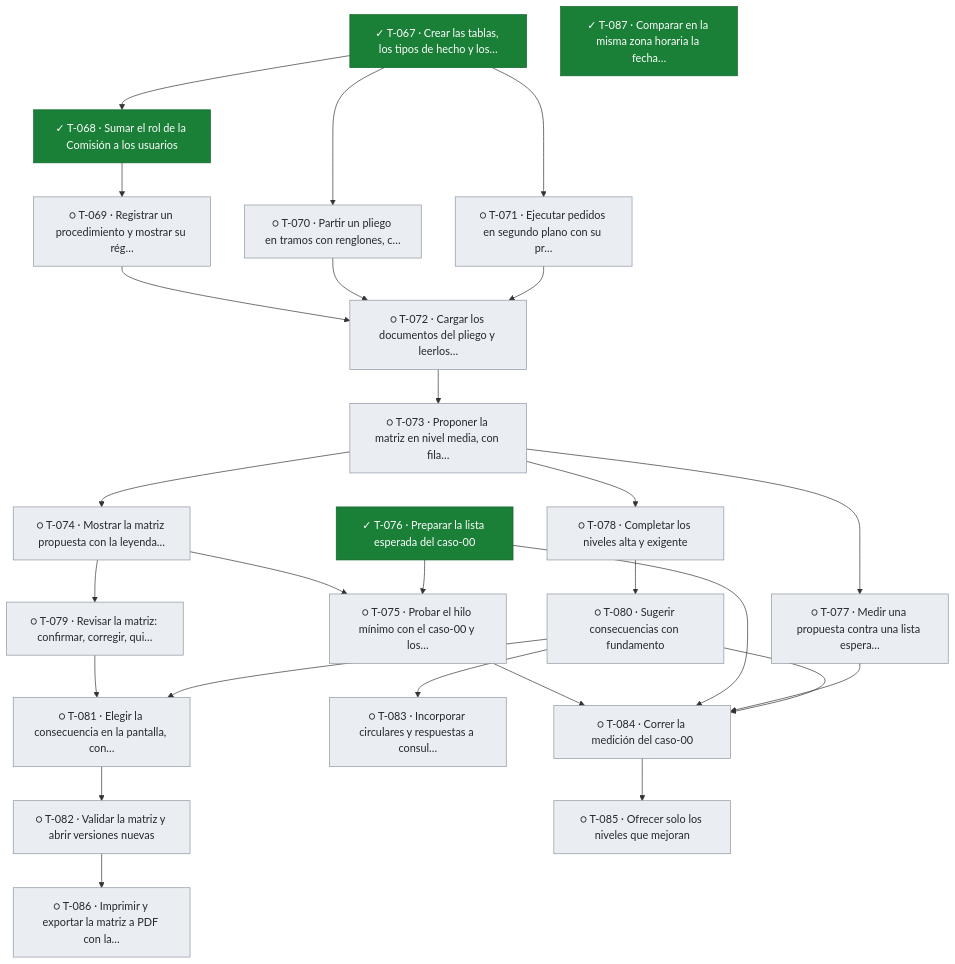
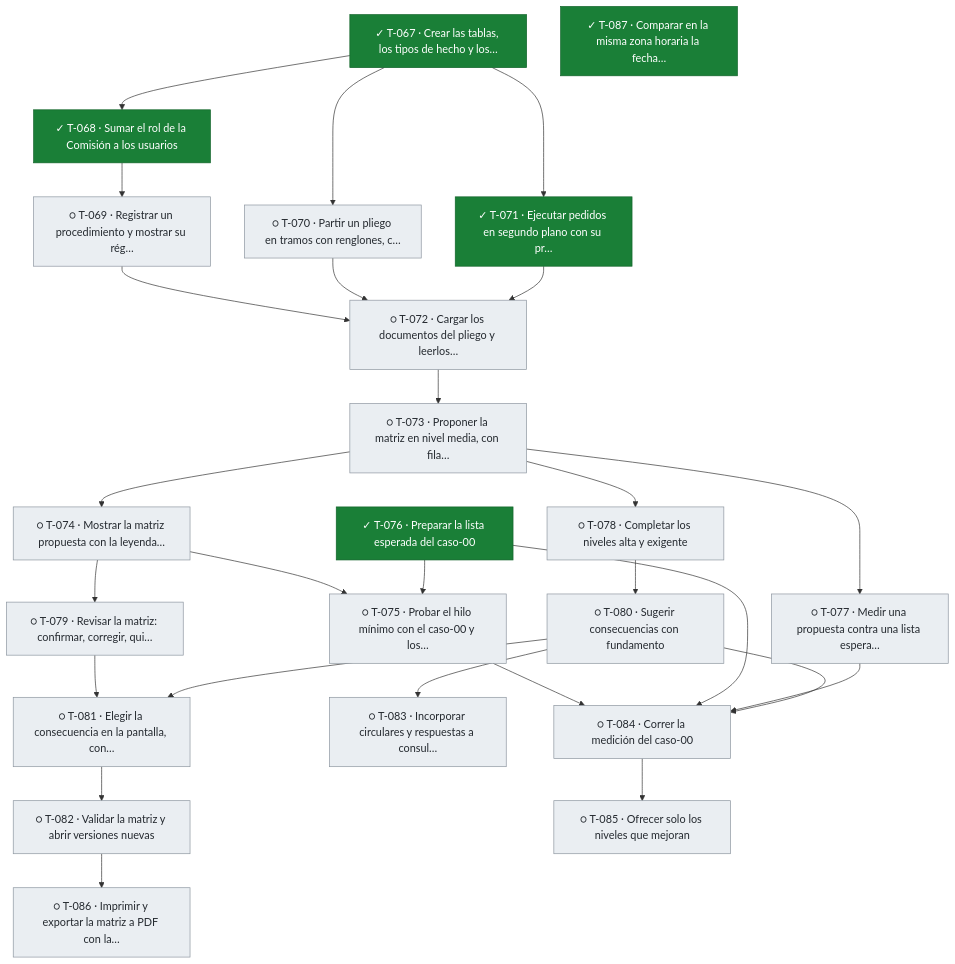
One commit to snavello/EVALUON changed the fifth of 5 diagrams in docs/tablero.md. Above: the diagram before and after it, drawn with Mermaid. The commit also changed other lines of this file and 1 other file, not shown here.

````diff
--- a/docs/tablero.md
+++ b/docs/tablero.md
@@ -400,54 +400,54 @@
 ```mermaid
 flowchart TD
   T067["✓ T-067 · Crear las tablas, los tipos de hecho y los…"]:::done
   T068["✓ T-068 · Sumar el rol de la Comisión a los usuarios"]:::done
   T069["○ T-069 · Registrar un procedimiento y mostrar su rég…"]:::todo
   T070["○ T-070 · Partir un pliego en tramos con renglones, c…"]:::todo
-  T071["○ T-071 · Ejecutar pedidos en segundo plano con su pr…"]:::todo
+  T071["✓ T-071 · Ejecutar pedidos en segundo plano con su pr…"]:::done
   T072["○ T-072 · Cargar los documentos del pliego y leerlos…"]:::todo
   T073["○ T-073 · Proponer la matriz en nivel media, con fila…"]:::todo
   T074["○ T-074 · Mostrar la matriz propuesta con la leyenda…"]:::todo
   T075["○ T-075 · Probar el hilo mínimo con el caso-00 y los…"]:::todo
   T076["✓ T-076 · Preparar la lista esperada del caso-00"]:::done
   T077["○ T-077 · Medir una propuesta contra una lista espera…"]:::todo
   T078["○ T-078 · Completar los niveles alta y exigente"]:::todo
   T079["○ T-079 · Revisar la matriz: confirmar, corregir, qui…"]:::todo
   T080["○ T-080 · Sugerir consecuencias con fundamento"]:::todo
   T081["○ T-081 · Elegir la consecuencia en la pantalla, con…"]:::todo
   T082["○ T-082 · Validar la matriz y abrir versiones nuevas"]:::todo
   T083["○ T-083 · Incorporar circulares y respuestas a consul…"]:::todo
   T084["○ T-084 · Correr la medición del caso-00"]:::todo
   T085["○ T-085 · Ofrecer solo los niveles que mejoran"]:::todo
   T086["○ T-086 · Imprimir y exportar la matriz a PDF con la…"]:::todo
   T087["✓ T-087 · Comparar en la misma zona horaria la fecha…"]:::done
   T067 --> T068
   T068 --> T069
   T067 --> T070
   T067 --> T071
   T069 --> T072
   T070 --> T072
   T071 --> T072
   T072 --> T073
   T073 --> T074
   T074 --> T075
   T076 --> T075
   T073 --> T077
   T073 --> T078
   T074 --> T079
   T078 --> T080
   T079 --> T081
   T080 --> T081
   T081 --> T082
   T080 --> T083
   T075 --> T084
   T076 --> T084
   T077 --> T084
   T080 --> T084
   T084 --> T085
   T082 --> T086
   classDef done fill:#1a7f37,stroke:#116329,color:#ffffff
   classDef review fill:#0969da,stroke:#0550ae,color:#ffffff
   classDef active fill:#bf8700,stroke:#7d4e00,color:#ffffff
   classDef blocked fill:#cf222e,stroke:#a40e26,color:#ffffff
   classDef todo fill:#eaeef2,stroke:#8c959f,color:#24292f
 ```
````
